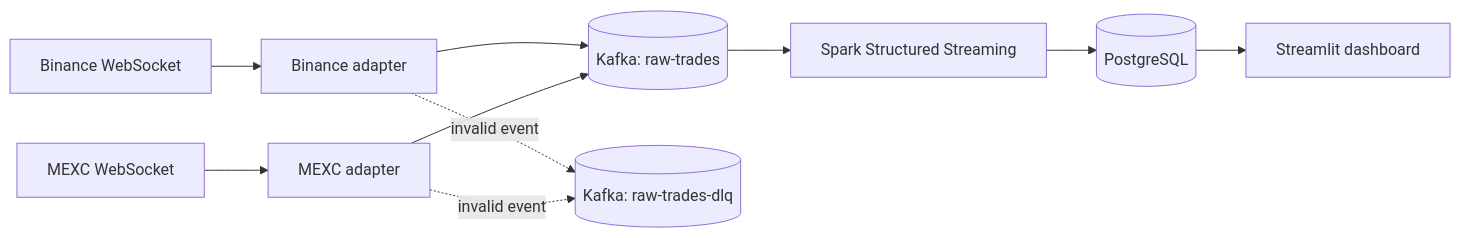
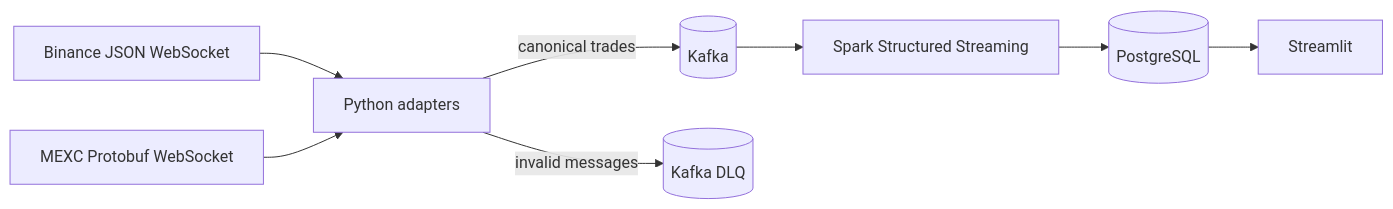
One commit to ayyayyron/Declarative-Multi-Exchange-Analytics-Platform changed the diagram in README.md. Above: the diagram before and after it, drawn with Mermaid. The commit also changed other lines of this file and 20 other files, not shown here.

````diff
--- a/README.md
+++ b/README.md
@@ -14,12 +25,10 @@
 ```mermaid
 flowchart LR
-    B[Binance WebSocket] --> BA[Binance adapter]
-    M[MEXC WebSocket] --> MA[MEXC adapter]
-    BA --> K[(Kafka: raw-trades)]
-    MA --> K
-    BA -. invalid event .-> D[(Kafka: raw-trades-dlq)]
-    MA -. invalid event .-> D
+    B[Binance JSON WebSocket] --> N[Python adapters]
+    M[MEXC Protobuf WebSocket] --> N
+    N -->|canonical trades| K[(Kafka)]
+    N -->|invalid messages| D[(Kafka DLQ)]
     K --> S[Spark Structured Streaming]
     S --> P[(PostgreSQL)]
-    P --> UI[Streamlit dashboard]
+    P --> UI[Streamlit]
 ```
````
